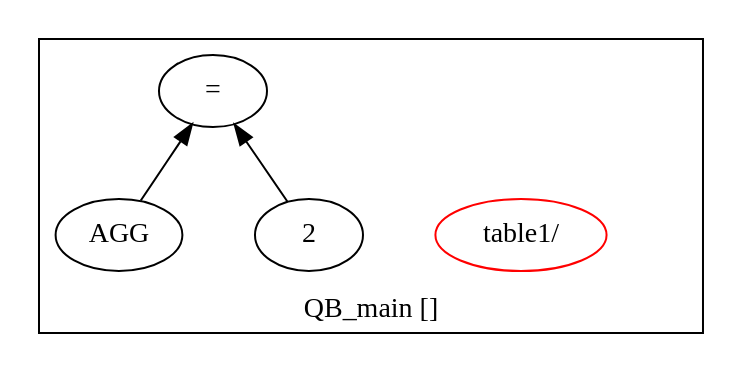
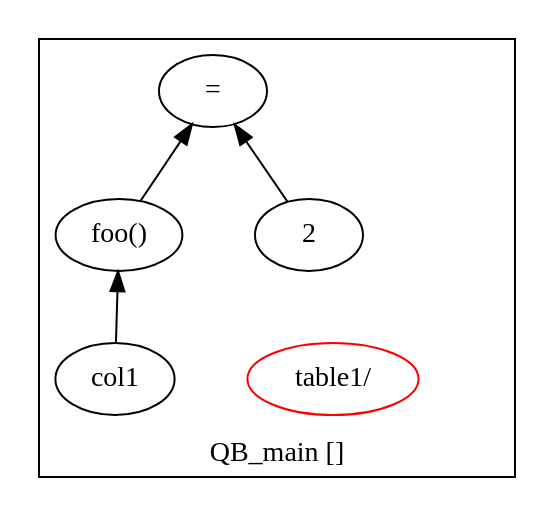
Before and after one commit to adarshpannu/kona: the diagram in qgm.dot, drawn with Graphviz. The commit also changed 5 other files, not shown here.

```diff
--- a/qgm.dot
+++ b/qgm.dot
@@ -1,14 +1,16 @@
 digraph example1 {
     rankdir=BT;
     nodesep=0.5;
   subgraph cluster_QB_main {
     label = "QB_main []";
     "QB_main_pt"[shape=point, color=white];
     "QUN_0"[label="table1/", color=red]
-    exprnode0x7fdc16c0bef8[label="="];
-    exprnode0x7fdc16c0bea8 -> exprnode0x7fdc16c0bef8;
-    exprnode0x7fdc16c0b338 -> exprnode0x7fdc16c0bef8;
-    exprnode0x7fdc16c0bea8[label="2"];
-    exprnode0x7fdc16c0b338[label="AGG"];
+    exprnode0x7fbc27d385a8[label="="];
+    exprnode0x7fbc27d38558 -> exprnode0x7fbc27d385a8;
+    exprnode0x7fbc27d379c8 -> exprnode0x7fbc27d385a8;
+    exprnode0x7fbc27d38558[label="2"];
+    exprnode0x7fbc27d379c8[label="foo()"];
+    exprnode0x7fbc27d39958 -> exprnode0x7fbc27d379c8;
+    exprnode0x7fbc27d39958[label="col1"];
 }
 }
```
